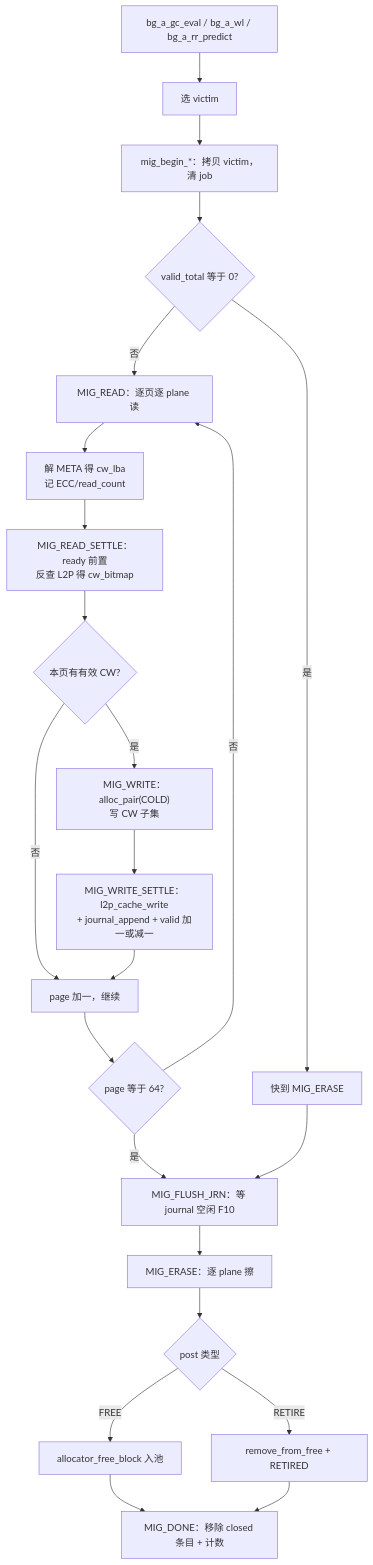
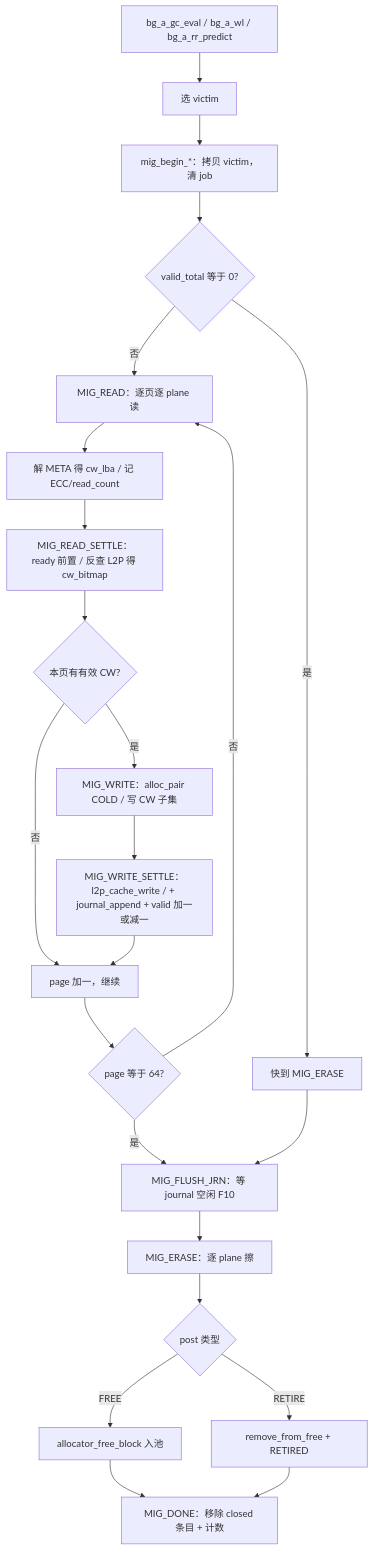
Before and after one commit to YzYMIAO/BASESSD: diagram 26 of 28 in docs/design/ftl_design.md, drawn with Mermaid. The commit also changed other lines of this file, not shown here.

First line of the commit message:
docs(ftl): 修复 6 张 stateDiagram 的围栏粘连

````diff
--- a/docs/design/ftl_design.md
+++ b/docs/design/ftl_design.md
@@ -3096,25 +3096,25 @@
 ```mermaid
 flowchart TD
     A["bg_a_gc_eval / bg_a_wl / bg_a_rr_predict"] --> B["选 victim"]
     B --> C["mig_begin_*：拷贝 victim，清 job"]
     C --> D{"valid_total 等于 0?"}
     D -- "是" --> E["快到 MIG_ERASE"]
     D -- "否" --> F["MIG_READ：逐页逐 plane 读"]
-    F --> G["解 META 得 cw_lba<br/>记 ECC/read_count"]
-    G --> H["MIG_READ_SETTLE：ready 前置<br/>反查 L2P 得 cw_bitmap"]
+    F --> G["解 META 得 cw_lba / 记 ECC/read_count"]
+    G --> H["MIG_READ_SETTLE：ready 前置 / 反查 L2P 得 cw_bitmap"]
     H --> I{"本页有有效 CW?"}
     I -- "否" --> J["page 加一，继续"]
-    I -- "是" --> K["MIG_WRITE：alloc_pair(COLD)<br/>写 CW 子集"]
-    K --> L["MIG_WRITE_SETTLE：l2p_cache_write<br/>+ journal_append + valid 加一或减一"]
+    I -- "是" --> K["MIG_WRITE：alloc_pair COLD / 写 CW 子集"]
+    K --> L["MIG_WRITE_SETTLE：l2p_cache_write / + journal_append + valid 加一或减一"]
     L --> J
     J --> M{"page 等于 64?"}
     M -- "否" --> F
-    M -- "是" --> N["MIG_FLUSH_JRN：等 journal 空闲 F10 "]
+    M -- "是" --> N["MIG_FLUSH_JRN：等 journal 空闲 F10"]
     N --> O["MIG_ERASE：逐 plane 擦"]
     O --> P{"post 类型"}
-    P -- "FREE" --> Q["allocator_free_block 入池 "]
+    P -- "FREE" --> Q["allocator_free_block 入池"]
     P -- "RETIRE" --> R["remove_from_free + RETIRED"]
     Q --> S["MIG_DONE：移除 closed 条目 + 计数"]
     R --> S
     E --> N
 ```
````
